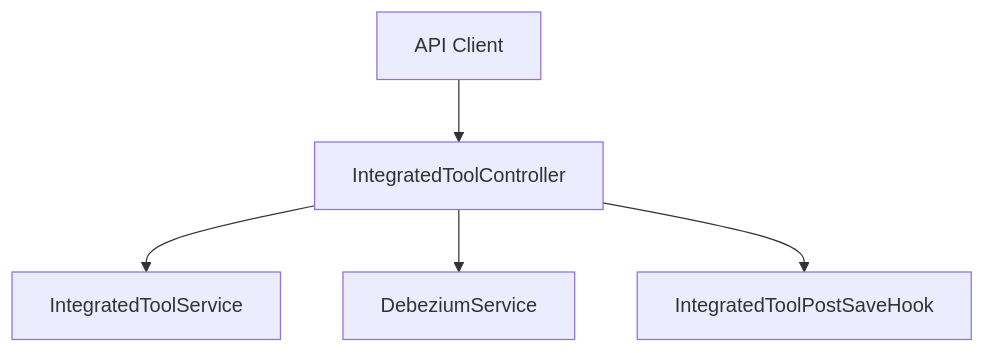
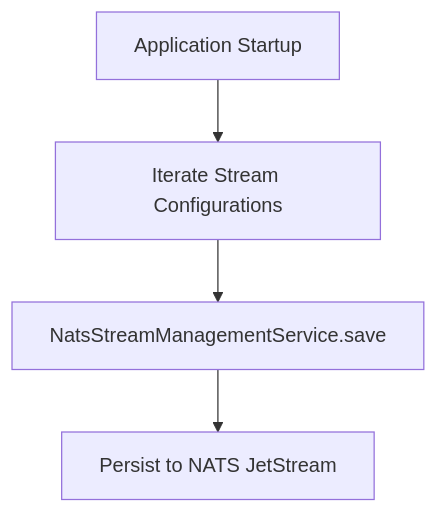
Before and after one commit to Praesto-Pro/openframe-oss-tenant: the sixth of 8 diagrams in docs/architecture/management-service-core/management-service-core.md, drawn with Mermaid. The commit also changed other lines of this file and 149 other files, not shown here.

````diff
--- a/docs/architecture/management-service-core/management-service-core.md
+++ b/docs/architecture/management-service-core/management-service-core.md
@@ -209,7 +276,6 @@
 ```mermaid
 flowchart TD
-    Client["API Client"] --> Controller["IntegratedToolController"]
-    Controller --> Service["IntegratedToolService"]
-    Controller --> Debezium["DebeziumService"]
-    Controller --> Hooks["IntegratedToolPostSaveHook"]
+    Startup["Application Startup"] --> Iterate["Iterate Stream Configurations"]
+    Iterate --> SaveStream["NatsStreamManagementService.save"]
+    SaveStream --> NatsServer["Persist to NATS JetStream"]
 ```
````
